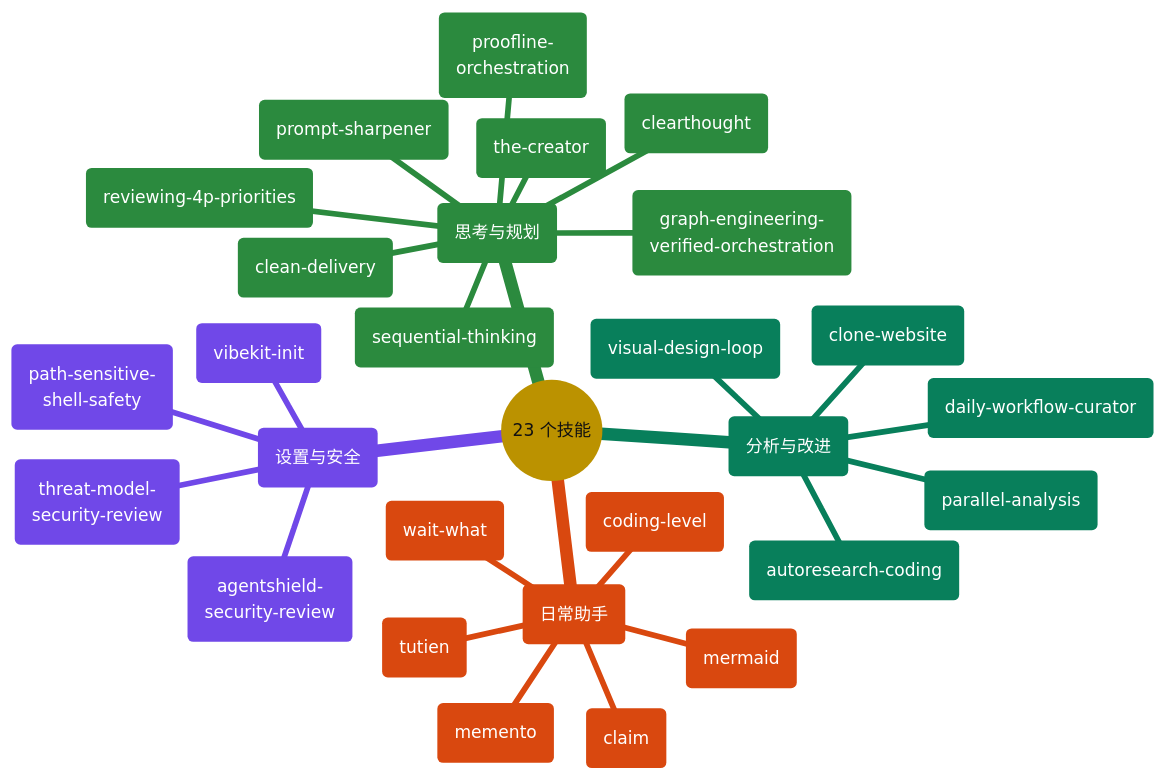
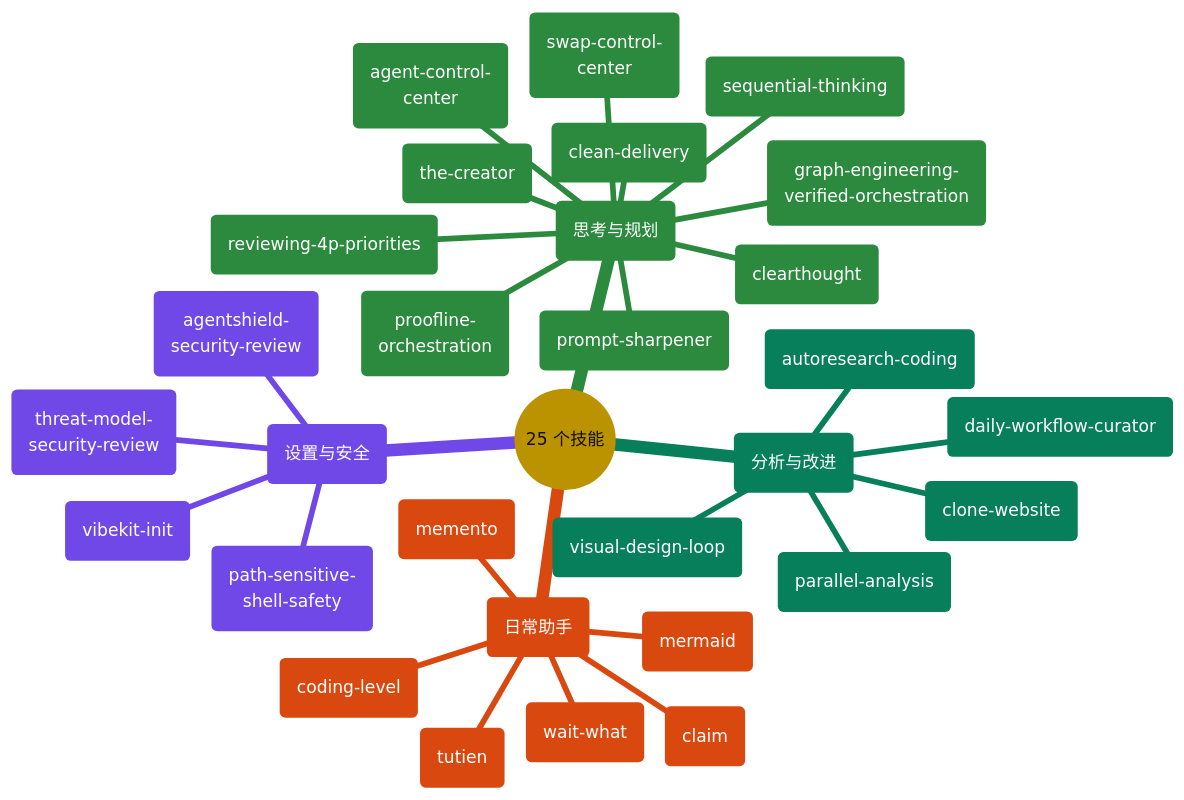
One commit to giang6283623/minimal-vibe-coding-kit changed the fifth of 10 diagrams in docs/README.zh-CN.md. Above: the diagram before and after it, drawn with Mermaid. The commit also changed other lines of this file and 140 other files, not shown here.

````diff
--- a/docs/README.zh-CN.md
+++ b/docs/README.zh-CN.md
@@ -360,64 +360,66 @@
 ```mermaid
 ---
 config:
   theme: base
   themeCSS: >-
     .mindmap-node:not(.section-root):not(.section--1) text,
     .mindmap-node:not(.section-root):not(.section--1) tspan
     { fill: #FFFFFF !important; }
     .mindmap-node:not(.section-root):not(.section--1) div,
     .mindmap-node:not(.section-root):not(.section--1) span,
     .mindmap-node:not(.section-root):not(.section--1) p
     { color: #FFFFFF !important; }
   themeVariables:
     darkMode: false
     fontFamily: cascadia mono, consolas, noto sans mono, menlo, monospace
     fontSize: 15px
     lineColor: "#888888"
     textColor: "#111111"
     primaryColor: "#FFD43B"
     primaryTextColor: "#111111"
     primaryBorderColor: "#444444"
     cScale0: "#1971C2"
     cScale1: "#7048E8"
     cScale2: "#2B8A3E"
     cScale3: "#087F5B"
     cScale4: "#D9480F"
     cScale5: "#C2255C"
     cScaleLabel0: "#FFFFFF"
     cScaleLabel1: "#FFFFFF"
     cScaleLabel2: "#FFFFFF"
     cScaleLabel3: "#FFFFFF"
     cScaleLabel4: "#FFFFFF"
     cScaleLabel5: "#FFFFFF"
 ---
 mindmap
-  root(("23 个技能"))
+  root(("25 个技能"))
     setup("设置与安全")
       s1("vibekit-init")
       s2("agentshield-<br/>security-review")
       s3("path-sensitive-<br/>shell-safety")
       s4("threat-model-<br/>security-review")
     think("思考与规划")
       t1("clearthought")
       t2("sequential-thinking")
       t3("prompt-sharpener")
       t4("reviewing-4p-priorities")
       t5("graph-engineering-<br/>verified-orchestration")
       t6("the-creator")
       t7("proofline-<br/>orchestration")
       t8("clean-delivery")
+      t9("agent-control-<br/>center")
+      t10("swap-control-<br/>center")
     analyze("分析与改进")
       a1("parallel-analysis")
       a2("autoresearch-coding")
       a3("daily-workflow-curator")
       a4("visual-design-loop")
       a5("clone-website")
     helpers("日常助手")
       h1("memento")
       h2("coding-level")
       h3("mermaid")
       h4("claim")
       h5("tutien")
       h6("wait-what")
 ```
````
